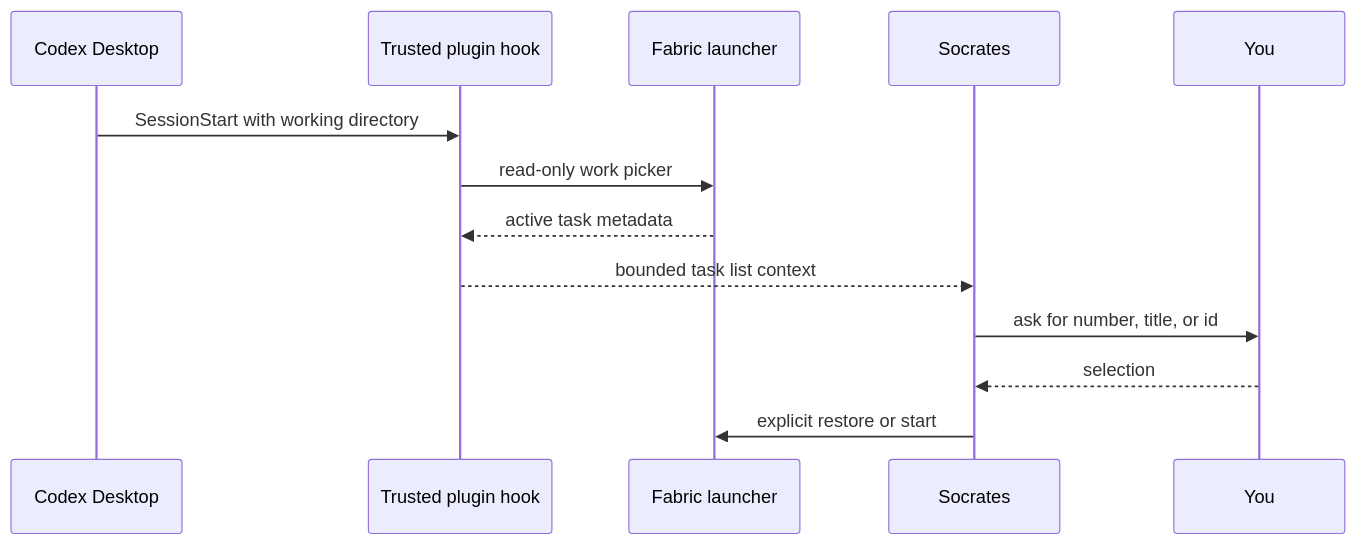
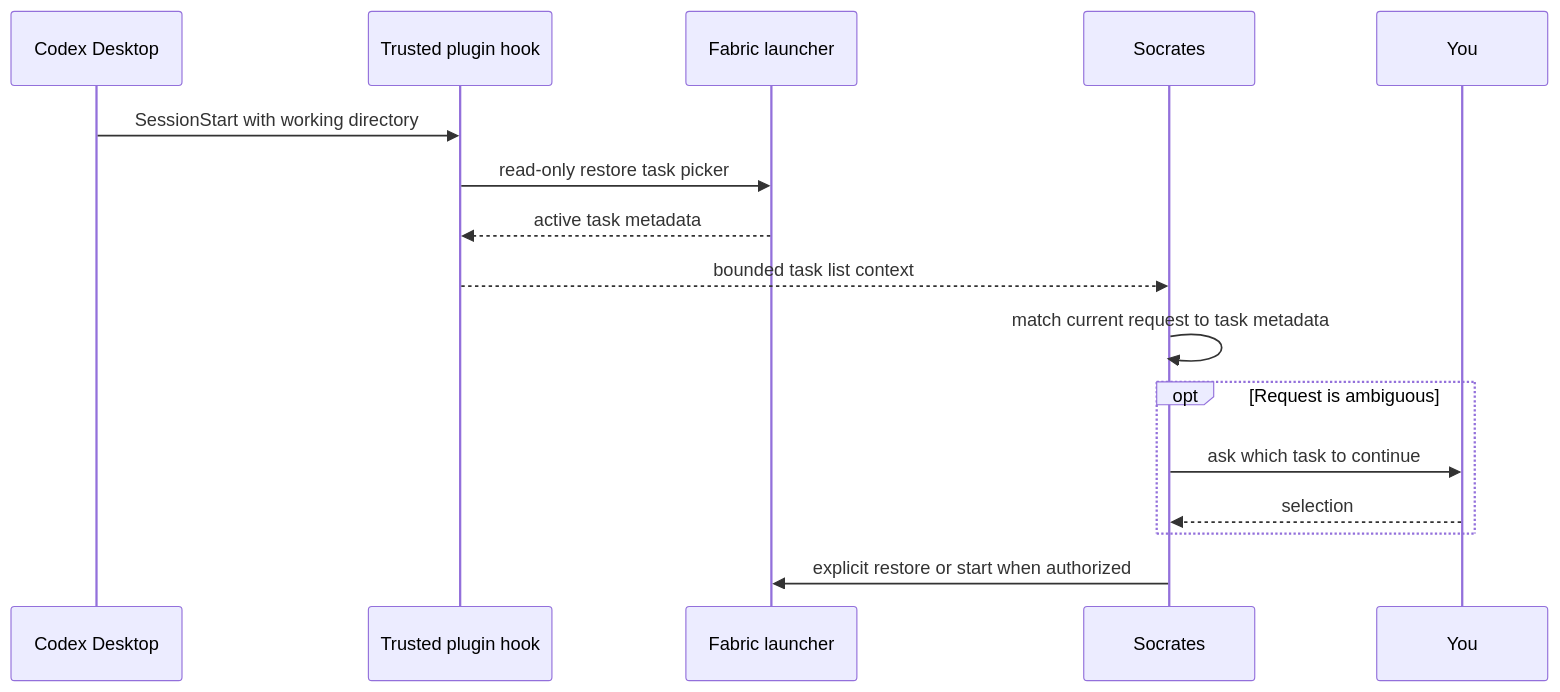
Before and after one commit to ale4ko69/ai-agent-fabric: the fifth of 5 diagrams in docs/using-fabric.md, drawn with Mermaid. The commit also changed other lines of this file and 49 other files, not shown here.

````diff
--- a/docs/using-fabric.md
+++ b/docs/using-fabric.md
@@ -136,15 +141,18 @@
 ```mermaid
 sequenceDiagram
     participant C as Codex Desktop
     participant H as Trusted plugin hook
     participant L as Fabric launcher
     participant S as Socrates
     participant U as You
     C->>H: SessionStart with working directory
-    H->>L: read-only work picker
+    H->>L: read-only restore task picker
     L-->>H: active task metadata
     H-->>S: bounded task list context
-    S->>U: ask for number, title, or id
-    U-->>S: selection
-    S->>L: explicit restore or start
+    S->>S: match current request to task metadata
+    opt Request is ambiguous
+        S->>U: ask which task to continue
+        U-->>S: selection
+    end
+    S->>L: explicit restore or start when authorized
 ```
````
